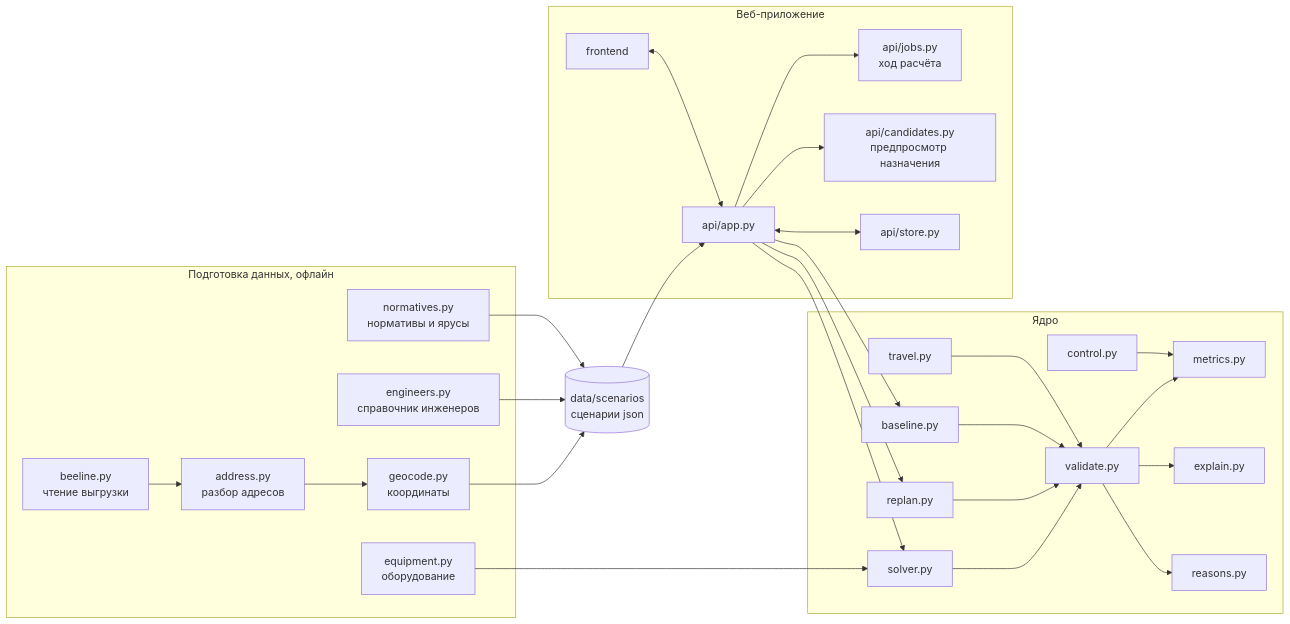
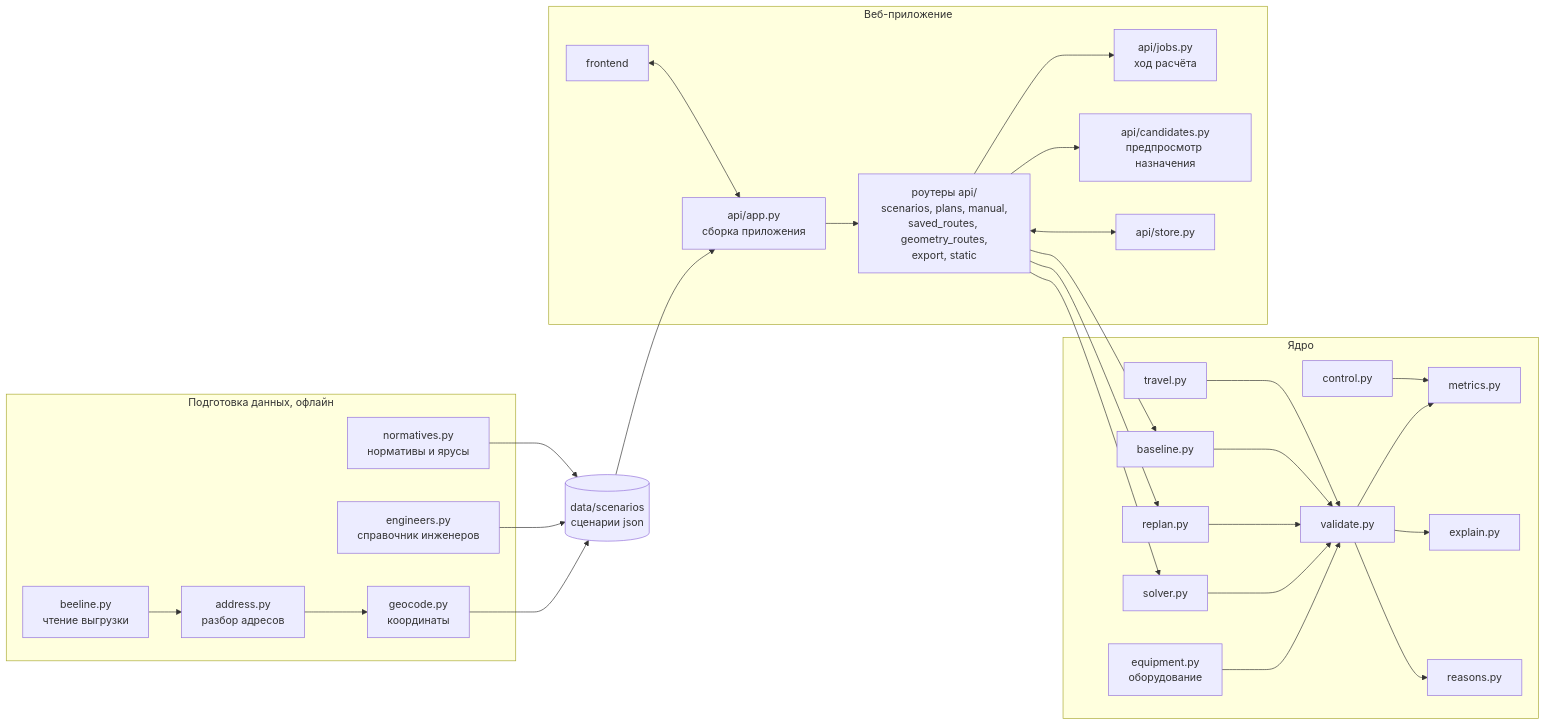
Before and after one commit to YuliaVyaznikova/lct-task3: the diagram in docs/architecture.md, drawn with Mermaid. The commit also changed other lines of this file and 7 other files, not shown here.

First line of the commit message:
chore describe the dispatcher workflow in the docs and check it in demo flow

````diff
--- a/docs/architecture.md
+++ b/docs/architecture.md
@@ -11,51 +11,53 @@
 ```mermaid
 flowchart LR
     subgraph ingest["Подготовка данных, офлайн"]
         BEELINE["beeline.py<br/>чтение выгрузки"]
         ADDRESS["address.py<br/>разбор адресов"]
         GEOCODE["geocode.py<br/>координаты"]
         ENGINEERS["engineers.py<br/>справочник инженеров"]
-        EQUIP["equipment.py<br/>оборудование"]
         NORM["normatives.py<br/>нормативы и ярусы"]
     end
 
     SCEN[("data/scenarios<br/>сценарии json")]
 
     subgraph core["Ядро"]
         SOLVER["solver.py"]
         VALIDATE["validate.py"]
         REPLAN["replan.py"]
         BASELINE["baseline.py"]
         METRICS["metrics.py"]
         EXPLAIN["explain.py"]
         REASONS["reasons.py"]
         TRAVEL["travel.py"]
         CONTROL["control.py"]
+        EQUIP["equipment.py<br/>оборудование"]
     end
 
     subgraph web["Веб-приложение"]
-        API["api/app.py"]
+        API["api/app.py<br/>сборка приложения"]
+        ROUTERS["роутеры api/<br/>scenarios, plans, manual,<br/>saved_routes, geometry_routes,<br/>export, static"]
         JOBS["api/jobs.py<br/>ход расчёта"]
         CANDIDATES["api/candidates.py<br/>предпросмотр назначения"]
         STORE["api/store.py"]
         UI["frontend"]
     end
 
     BEELINE --> ADDRESS --> GEOCODE --> SCEN
     ENGINEERS --> SCEN
     NORM --> SCEN
-    EQUIP --> SOLVER
+    EQUIP --> VALIDATE
     SCEN --> API
-    API --> SOLVER --> VALIDATE
-    API --> REPLAN --> VALIDATE
-    API --> BASELINE --> VALIDATE
+    API --> ROUTERS
+    ROUTERS --> SOLVER --> VALIDATE
+    ROUTERS --> REPLAN --> VALIDATE
+    ROUTERS --> BASELINE --> VALIDATE
     VALIDATE --> METRICS
     VALIDATE --> EXPLAIN
     VALIDATE --> REASONS
     TRAVEL --> VALIDATE
     CONTROL --> METRICS
-    API --> JOBS
-    API --> CANDIDATES
-    API <--> STORE
+    ROUTERS --> JOBS
+    ROUTERS --> CANDIDATES
+    ROUTERS <--> STORE
     UI <--> API
 ```
````
